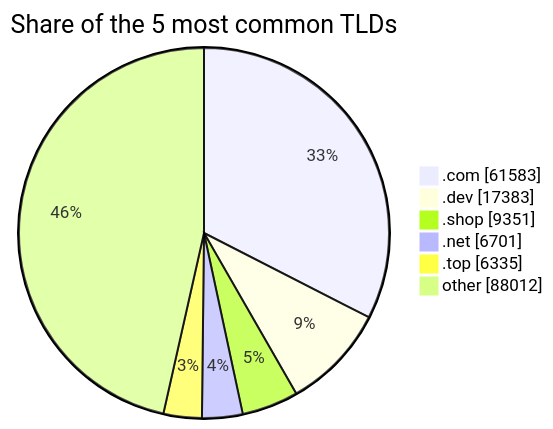
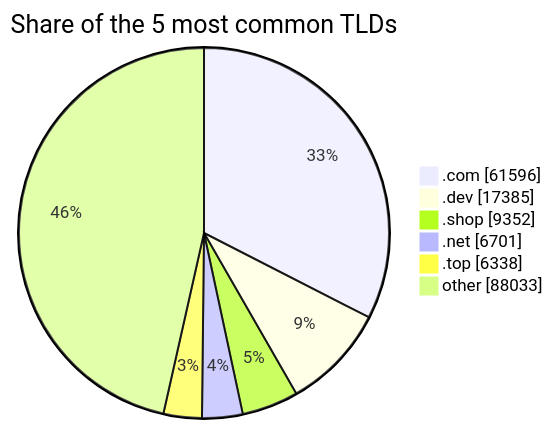
Before and after one commit to DNSBunker/CTI: the third of 3 diagrams in README.md, drawn with Mermaid. The commit also changed other lines of this file and 3 other files, not shown here.

````diff
--- a/README.md
+++ b/README.md
@@ -81,9 +81,9 @@
 ```mermaid
 pie showData title Share of the 5 most common TLDs
-    ".com" : 61583
-    ".dev" : 17383
-    ".shop" : 9351
+    ".com" : 61596
+    ".dev" : 17385
+    ".shop" : 9352
     ".net" : 6701
-    ".top" : 6335
-    "other" : 88012
+    ".top" : 6338
+    "other" : 88033
 ```
````
